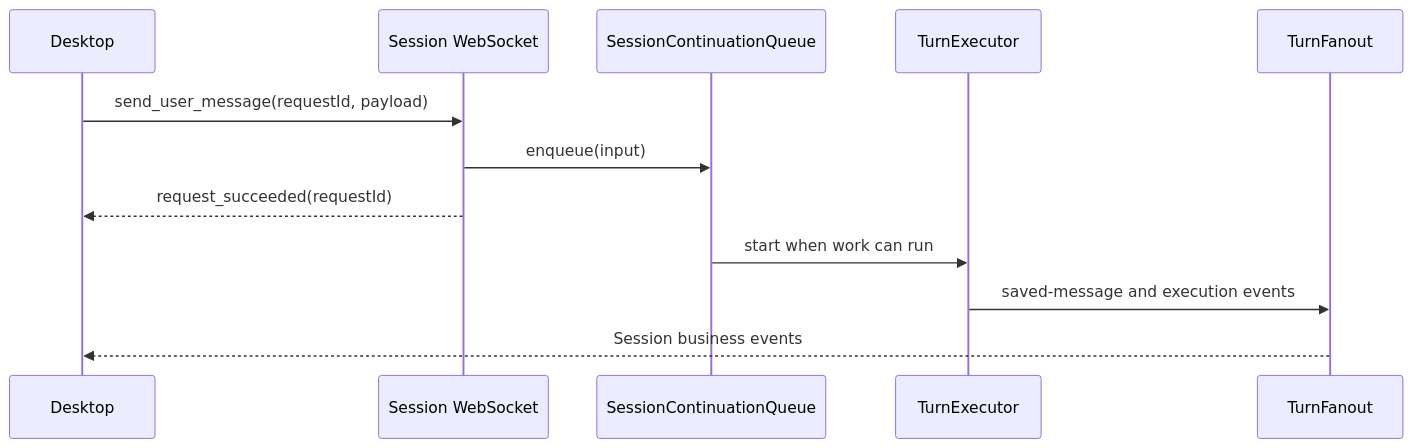
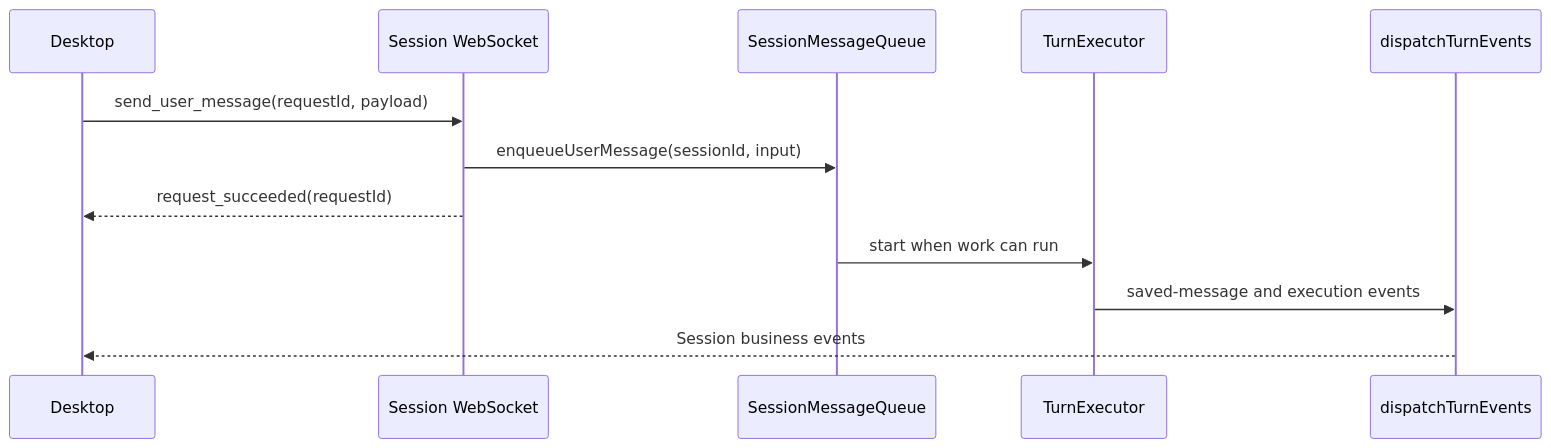
One commit to chengyuZou/EmaAgent changed the diagram in apps/server/README.md. Above: the diagram before and after it, drawn with Mermaid. The commit also changed other lines of this file and 35 other files, not shown here.

First line of the commit message:
refactor: rename userMessageBlocks to inputBlocks in PreparedTurn interface and related functions

````diff
--- a/apps/server/README.md
+++ b/apps/server/README.md
@@ -89,14 +89,14 @@
 ```mermaid
 sequenceDiagram
     participant Desktop
     participant Socket as Session WebSocket
-    participant Queue as SessionContinuationQueue
+    participant Queue as SessionMessageQueue
     participant Turn as TurnExecutor
-    participant Fanout as TurnFanout
+    participant Dispatch as dispatchTurnEvents
     Desktop->>Socket: send_user_message(requestId, payload)
-    Socket->>Queue: enqueue(input)
+    Socket->>Queue: enqueueUserMessage(sessionId, input)
     Socket-->>Desktop: request_succeeded(requestId)
     Queue->>Turn: start when work can run
-    Turn->>Fanout: saved-message and execution events
-    Fanout-->>Desktop: Session business events
+    Turn->>Dispatch: saved-message and execution events
+    Dispatch-->>Desktop: Session business events
 ```
````
